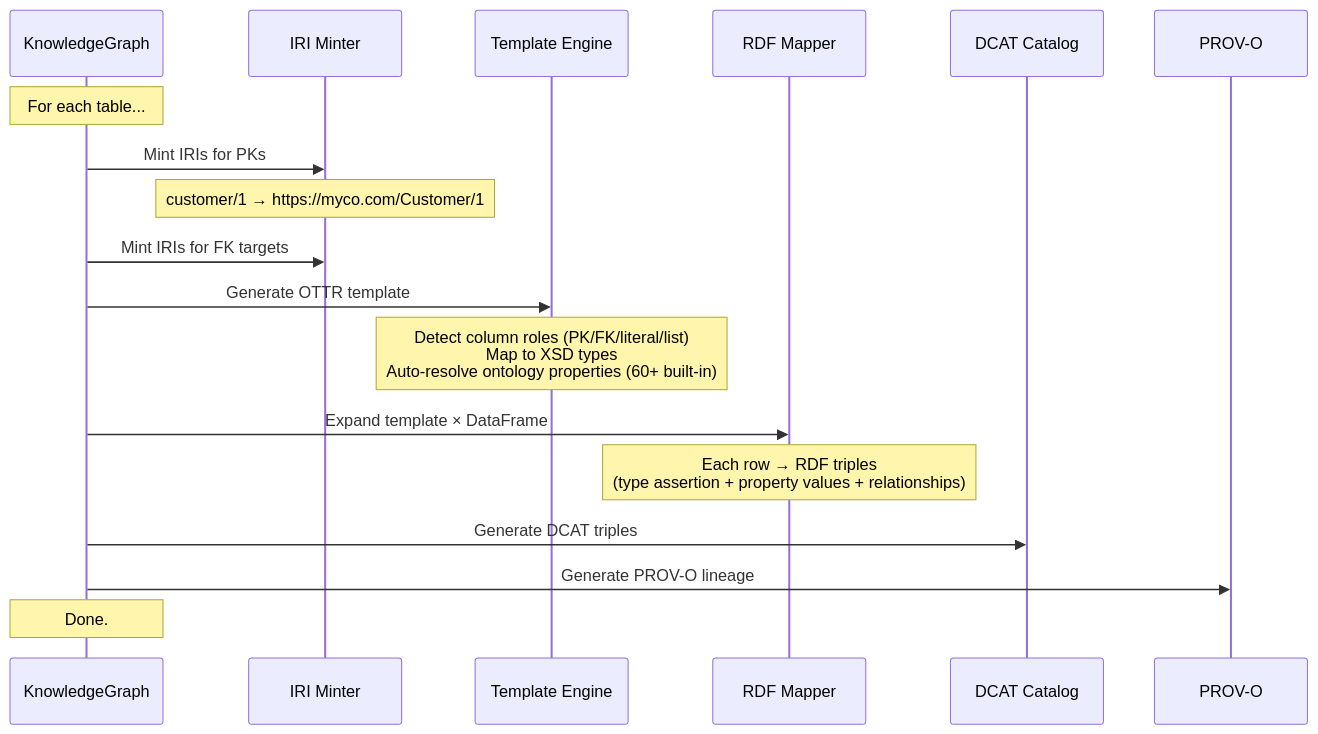
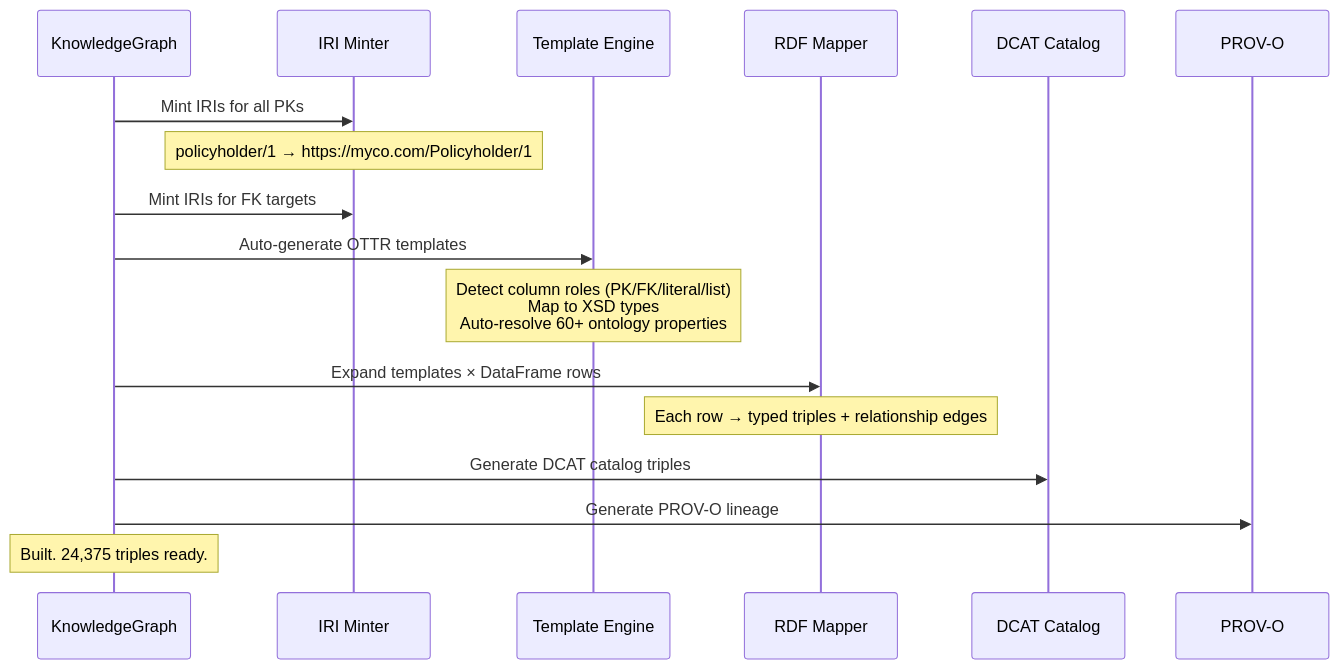
Before and after one commit to kaushikthakur97/autokg: the second of 5 diagrams in README.md, drawn with Mermaid. The commit also changed other lines of this file, not shown here.

````diff
--- a/README.md
+++ b/README.md
@@ -420,21 +117,20 @@
 ```mermaid
 sequenceDiagram
     participant KG as KnowledgeGraph
     participant IRI as IRI Minter
     participant T as Template Engine
     participant M as RDF Mapper
     participant C as DCAT Catalog
     participant P as PROV-O
 
-    Note over KG: For each table...
-    KG->>IRI: Mint IRIs for PKs
-    Note over IRI: customer/1 → https://myco.com/Customer/1
+    KG->>IRI: Mint IRIs for all PKs
+    Note over IRI: policyholder/1 → https://myco.com/Policyholder/1
     KG->>IRI: Mint IRIs for FK targets
-    KG->>T: Generate OTTR template
-    Note over T: Detect column roles (PK/FK/literal/list)<br/>Map to XSD types<br/>Auto-resolve ontology properties (60+ built-in)
-    KG->>M: Expand template × DataFrame
-    Note over M: Each row → RDF triples<br/>(type assertion + property values + relationships)
-    KG->>C: Generate DCAT triples
+    KG->>T: Auto-generate OTTR templates
+    Note over T: Detect column roles (PK/FK/literal/list)<br/>Map to XSD types<br/>Auto-resolve 60+ ontology properties
+    KG->>M: Expand templates × DataFrame rows
+    Note over M: Each row → typed triples + relationship edges
+    KG->>C: Generate DCAT catalog triples
     KG->>P: Generate PROV-O lineage
-    Note over KG: Done.
+    Note over KG: Built. 24,375 triples ready.
 ```
````
